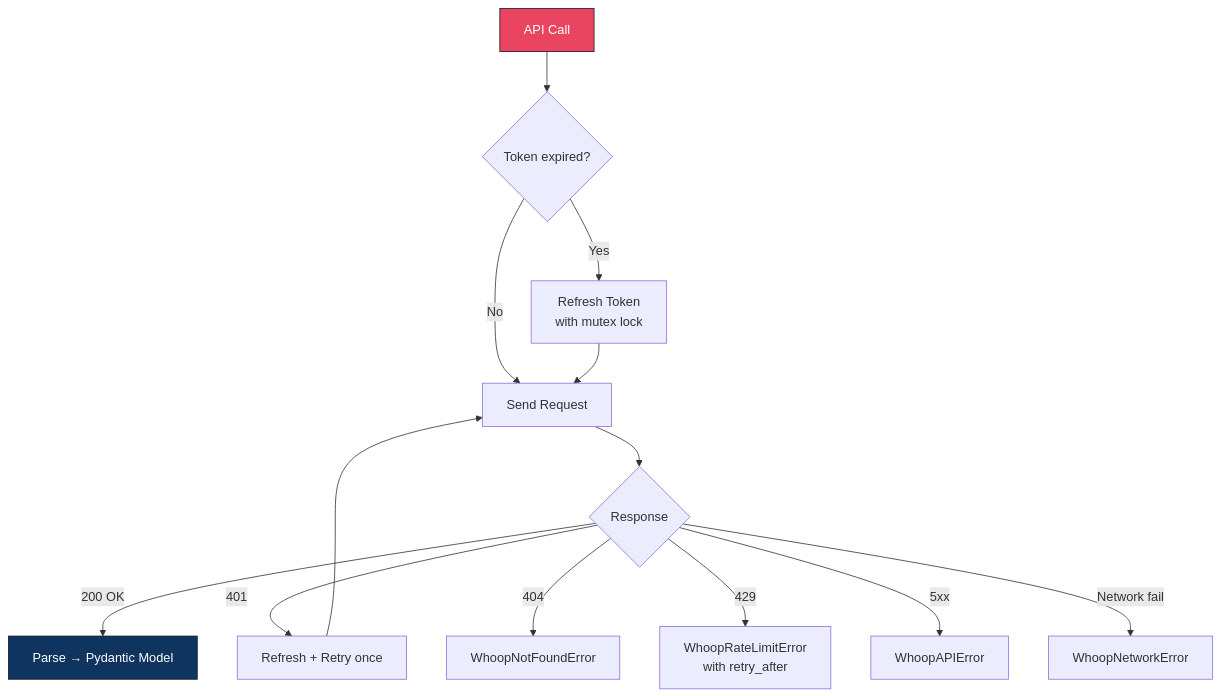
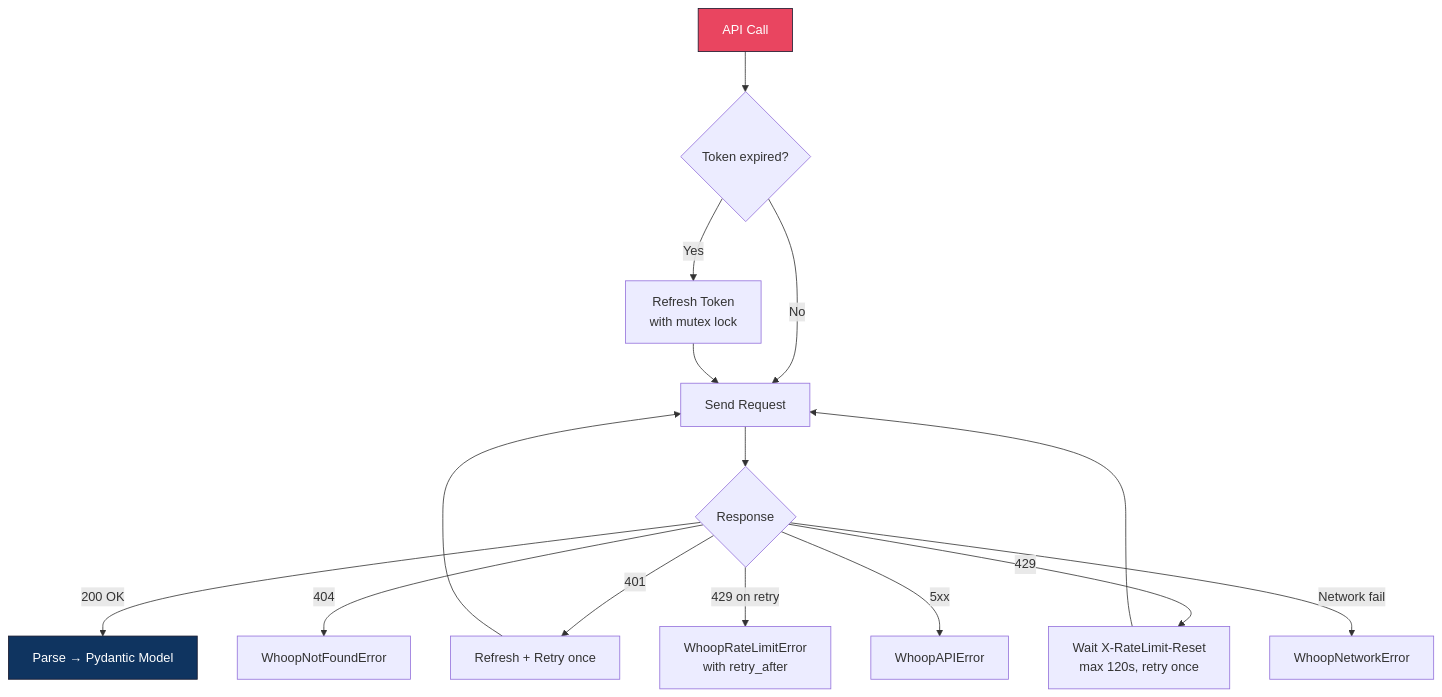
Before and after one commit to ponderrr/whoopyy: the third of 6 diagrams in README.md, drawn with Mermaid. The commit also changed other lines of this file and 28 other files, not shown here.

````diff
--- a/README.md
+++ b/README.md
@@ -172,19 +174,21 @@
 ```mermaid
 flowchart TD
     A[API Call] --> B{Token expired?}
     B -->|No| D[Send Request]
     B -->|Yes| C[Refresh Token<br>with mutex lock]
     C --> D
 
     D --> E{Response}
     E -->|200 OK| F[Parse → Pydantic Model]
     E -->|401| G[Refresh + Retry once]
     E -->|404| H[WhoopNotFoundError]
-    E -->|429| I[WhoopRateLimitError<br>with retry_after]
+    E -->|429| I[Wait X-RateLimit-Reset<br>max 120s, retry once]
+    E -->|429 on retry| L[WhoopRateLimitError<br>with retry_after]
     E -->|5xx| J[WhoopAPIError]
     E -->|Network fail| K[WhoopNetworkError]
     G --> D
+    I --> D
 
     style A fill:#e94560,stroke:#1a1a2e,color:#fff
     style F fill:#0f3460,stroke:#1a1a2e,color:#fff
 ```
````
